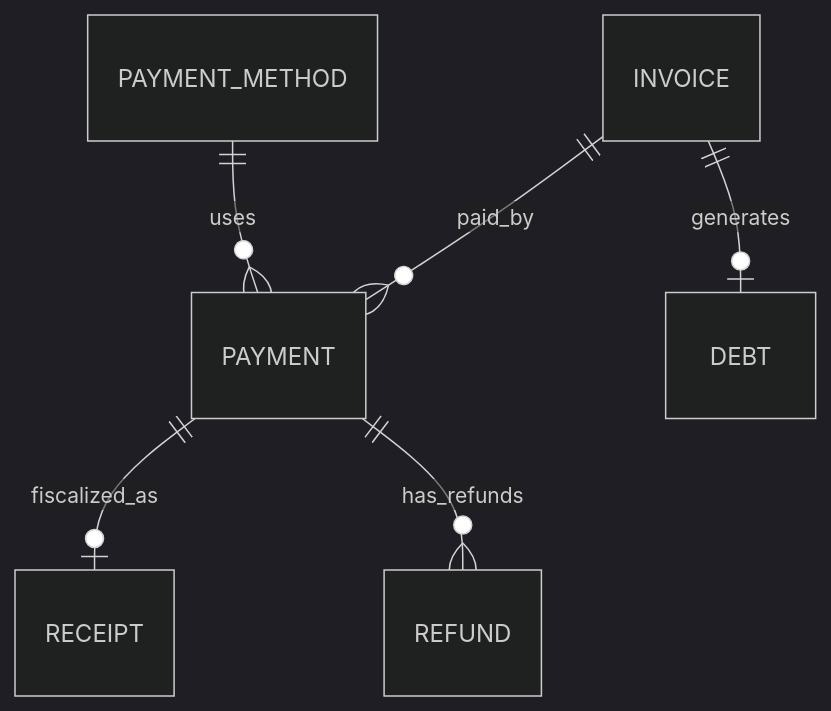
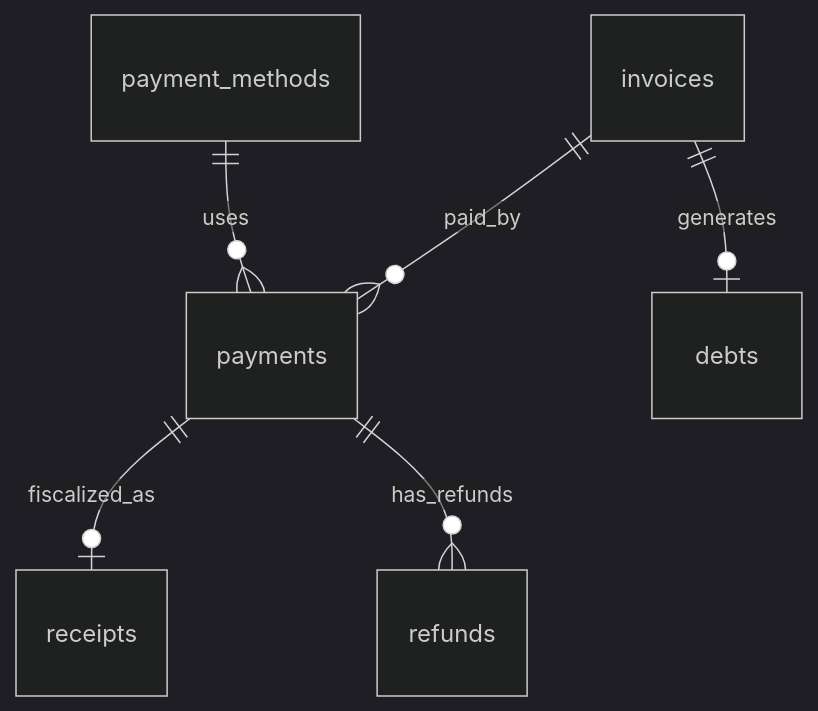
One commit to CeJIDb/sab-win-26-parking changed the diagram in docs/architecture/database/erd/erd-relationships-payment-billing.md. Above: the diagram before and after it, drawn with Mermaid (dark theme). The commit also changed other lines of this file and 5 other files, not shown here.

Commit message:
docs(architecture): обновить архитектурную документацию

````diff
--- a/docs/architecture/database/erd/erd-relationships-payment-billing.md
+++ b/docs/architecture/database/erd/erd-relationships-payment-billing.md
@@ -194,8 +42,8 @@
 ```mermaid
 erDiagram
-    INVOICE ||--o{ PAYMENT : paid_by
-    PAYMENT_METHOD ||--o{ PAYMENT : uses
-    PAYMENT ||--o| RECEIPT : fiscalized_as
-    PAYMENT ||--o{ REFUND : has_refunds
-    INVOICE ||--o| DEBT : generates
+    invoices ||--o{ payments : paid_by
+    payment_methods ||--o{ payments : uses
+    payments ||--o| receipts : fiscalized_as
+    payments ||--o{ refunds : has_refunds
+    invoices ||--o| debts : generates
 ```
````
